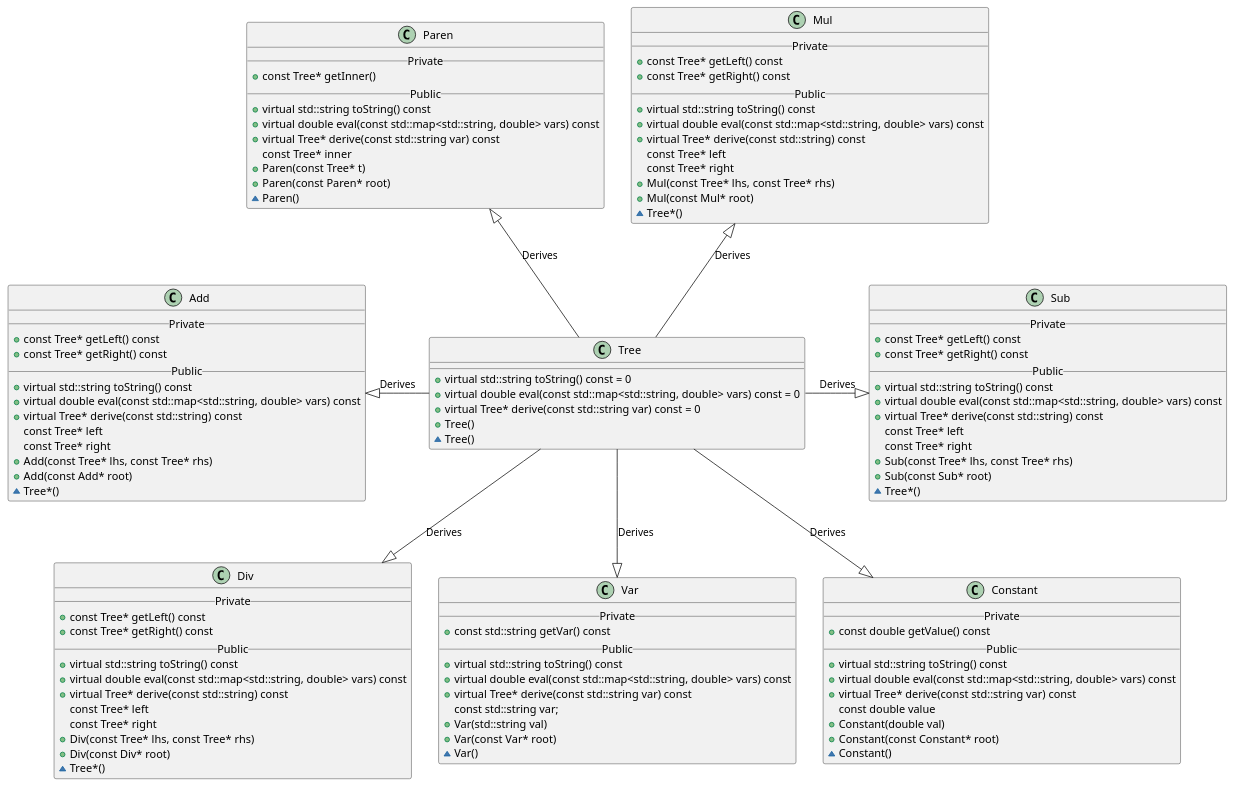
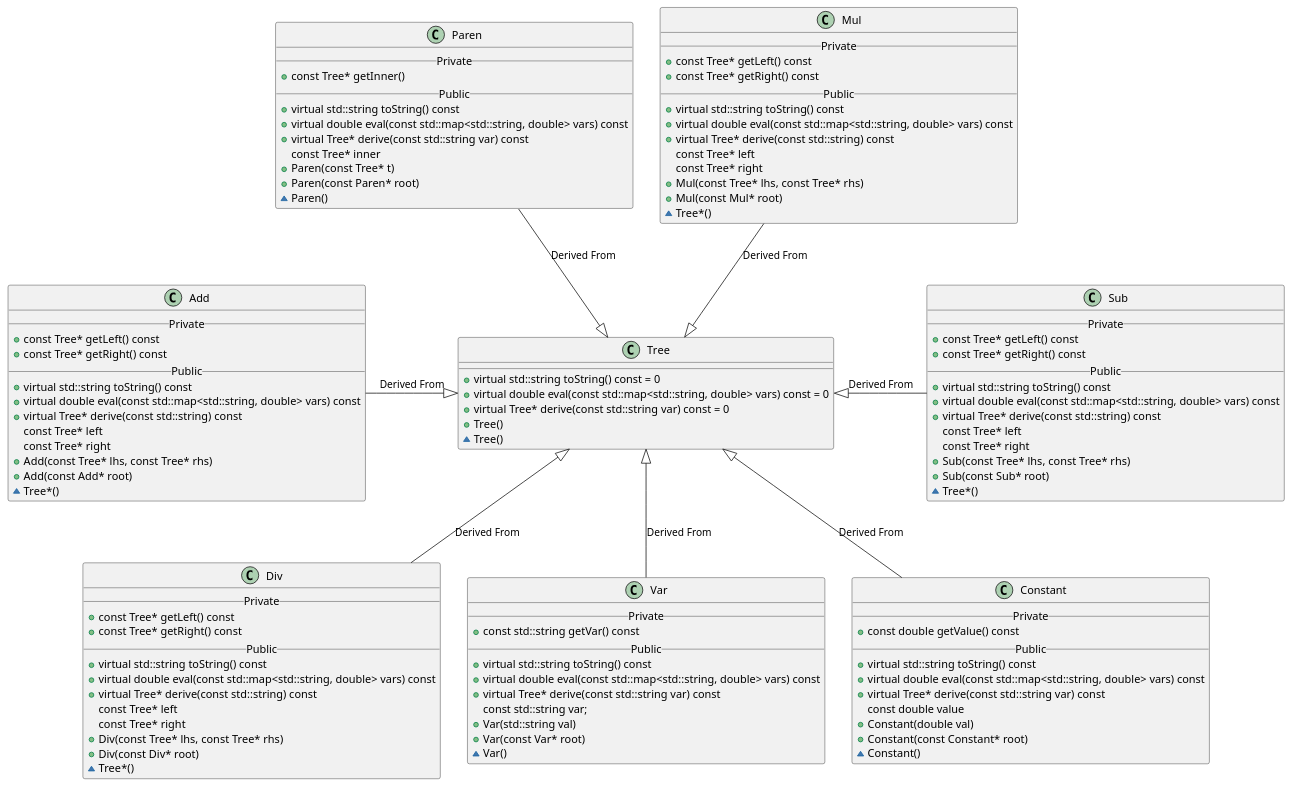
The diagram in expression_tree/expression_tree.puml (zacmcnulty123/CPP_grad_school), drawn with PlantUML before and after one commit.

Commit message:
more docs

```diff
--- a/expression_tree/expression_tree.puml
+++ b/expression_tree/expression_tree.puml
@@ -1,117 +1,117 @@
 @startuml
 
 class Tree {
   +virtual std::string toString() const = 0
   +virtual double eval(const std::map<std::string, double> vars) const = 0
   +virtual Tree* derive(const std::string var) const = 0
   +Tree()
   ~Tree()
 }
 
 class Add {
   __Private__
   +const Tree* getLeft() const
   +const Tree* getRight() const
   __Public__
   +virtual std::string toString() const
   +virtual double eval(const std::map<std::string, double> vars) const
   +virtual Tree* derive(const std::string) const
   const Tree* left
   const Tree* right
   +Add(const Tree* lhs, const Tree* rhs)
   +Add(const Add* root)
   ~Tree*()
 }
 
 class Sub {
   __Private__
   +const Tree* getLeft() const
   +const Tree* getRight() const
   __Public__
   +virtual std::string toString() const
   +virtual double eval(const std::map<std::string, double> vars) const
   +virtual Tree* derive(const std::string) const
   const Tree* left
   const Tree* right
   +Sub(const Tree* lhs, const Tree* rhs)
   +Sub(const Sub* root)
   ~Tree*()
 }
 
 class Mul {
   __Private__
   +const Tree* getLeft() const
   +const Tree* getRight() const
   __Public__
   +virtual std::string toString() const
   +virtual double eval(const std::map<std::string, double> vars) const
   +virtual Tree* derive(const std::string) const
   const Tree* left
   const Tree* right
   +Mul(const Tree* lhs, const Tree* rhs)
   +Mul(const Mul* root)
   ~Tree*()
 }
 
 class Div {
   __Private__
   +const Tree* getLeft() const
   +const Tree* getRight() const
   __Public__
   +virtual std::string toString() const
   +virtual double eval(const std::map<std::string, double> vars) const
   +virtual Tree* derive(const std::string) const
   const Tree* left
   const Tree* right
   +Div(const Tree* lhs, const Tree* rhs)
   +Div(const Div* root)
   ~Tree*()
 }
 
 class Paren {
   __Private__
   +const Tree* getInner()
   __Public__
   +virtual std::string toString() const
   +virtual double eval(const std::map<std::string, double> vars) const
   +virtual Tree* derive(const std::string var) const
   const Tree* inner
   +Paren(const Tree* t)
   +Paren(const Paren* root)
   ~Paren()
 }
 
 class Var {
   __Private__
   +const std::string getVar() const
   __Public__
   +virtual std::string toString() const
   +virtual double eval(const std::map<std::string, double> vars) const
   +virtual Tree* derive(const std::string var) const
   const std::string var;
   +Var(std::string val)
   +Var(const Var* root)
   ~Var()
 }
 
 class Constant {
   __Private__
   +const double getValue() const
   __Public__
   +virtual std::string toString() const
   +virtual double eval(const std::map<std::string, double> vars) const
   +virtual Tree* derive(const std::string var) const
   const double value
   +Constant(double val)
   +Constant(const Constant* root)
   ~Constant()
 }
 
-Tree -l-|> Add : Derives
-Tree -r-|> Sub : Derives
-Tree -u-|> Mul : Derives
-Tree -d-|> Div : Derives
-Tree -u-|> Paren : Derives
-Tree --|> Var : Derives
-Tree --|> Constant : Derives
+Tree <|-l- Add : Derived From
+Tree <|-r- Sub : Derived From
+Tree <|-u- Mul : Derived From
+Tree <|-d- Div : Derived From
+Tree <|-u- Paren : Derived From
+Tree <|-- Var : Derived From
+Tree <|-- Constant : Derived From
 @enduml
```
